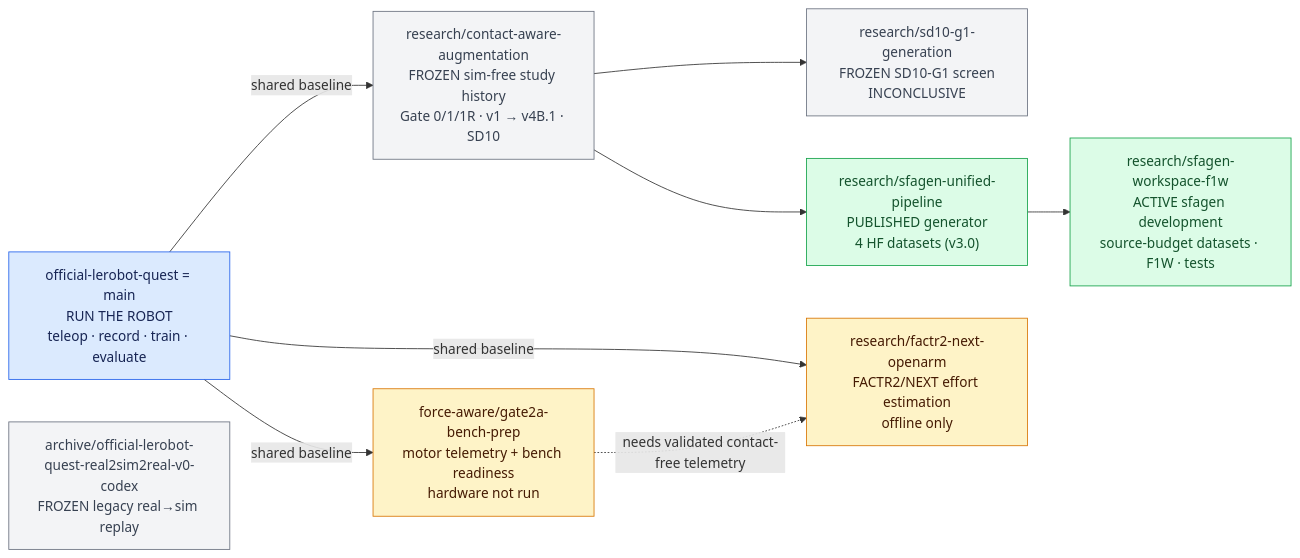
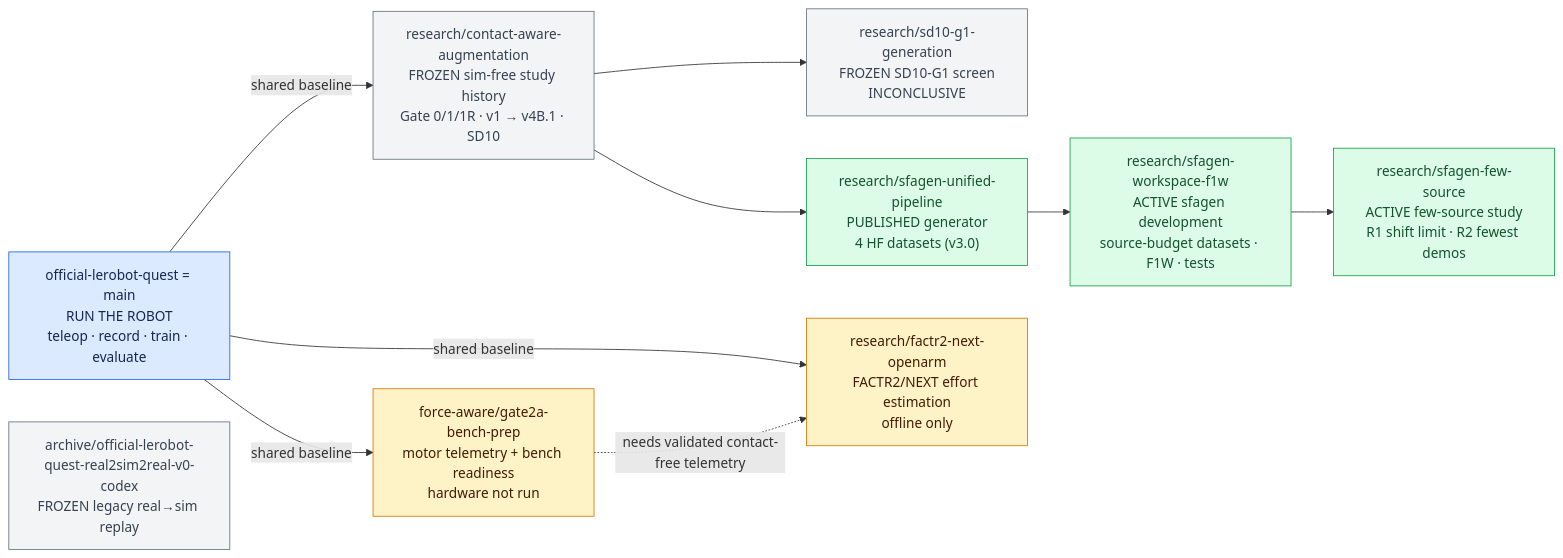
The diagram in README.md (StanleyChueh/lerobot_openarm), drawn with Mermaid before and after one commit. The commit also changed other lines of this file, not shown here.

First line of the commit message:
docs: branch map lists research/sfagen-few-source (newest sfagen work)

````diff
--- a/README.md
+++ b/README.md
@@ -13,24 +13,25 @@
 ```mermaid
 flowchart LR
     BASE["official-lerobot-quest = main<br/>RUN THE ROBOT<br/>teleop · record · train · evaluate"]
 
     BASE -->|shared baseline| HIST["research/contact-aware-augmentation<br/>FROZEN sim-free study history<br/>Gate 0/1/1R · v1 → v4B.1 · SD10"]
     HIST --> G1["research/sd10-g1-generation<br/>FROZEN SD10-G1 screen<br/>INCONCLUSIVE"]
     HIST --> SFAGEN["research/sfagen-unified-pipeline<br/>PUBLISHED generator<br/>4 HF datasets (v3.0)"]
     SFAGEN --> F1W["research/sfagen-workspace-f1w<br/>ACTIVE sfagen development<br/>source-budget datasets · F1W · tests"]
+    F1W --> FEW["research/sfagen-few-source<br/>ACTIVE few-source study<br/>R1 shift limit · R2 fewest demos"]
 
     BASE -->|shared baseline| BENCH["force-aware/gate2a-bench-prep<br/>motor telemetry + bench readiness<br/>hardware not run"]
     BASE -->|shared baseline| NEXT["research/factr2-next-openarm<br/>FACTR2/NEXT effort estimation<br/>offline only"]
     BENCH -.->|"needs validated contact-free telemetry"| NEXT
 
     ARCH["archive/official-lerobot-quest-real2sim2real-v0-codex<br/>FROZEN legacy real→sim replay"]
 
     classDef run fill:#dbeafe,stroke:#2563eb,color:#172554
     classDef active fill:#dcfce7,stroke:#16a34a,color:#14532d
     classDef frozen fill:#f3f4f6,stroke:#6b7280,color:#374151
     classDef force fill:#fef3c7,stroke:#d97706,color:#451a03
     class BASE run
-    class SFAGEN,F1W active
+    class SFAGEN,F1W,FEW active
     class HIST,G1,ARCH frozen
     class BENCH,NEXT force
 ```
````
